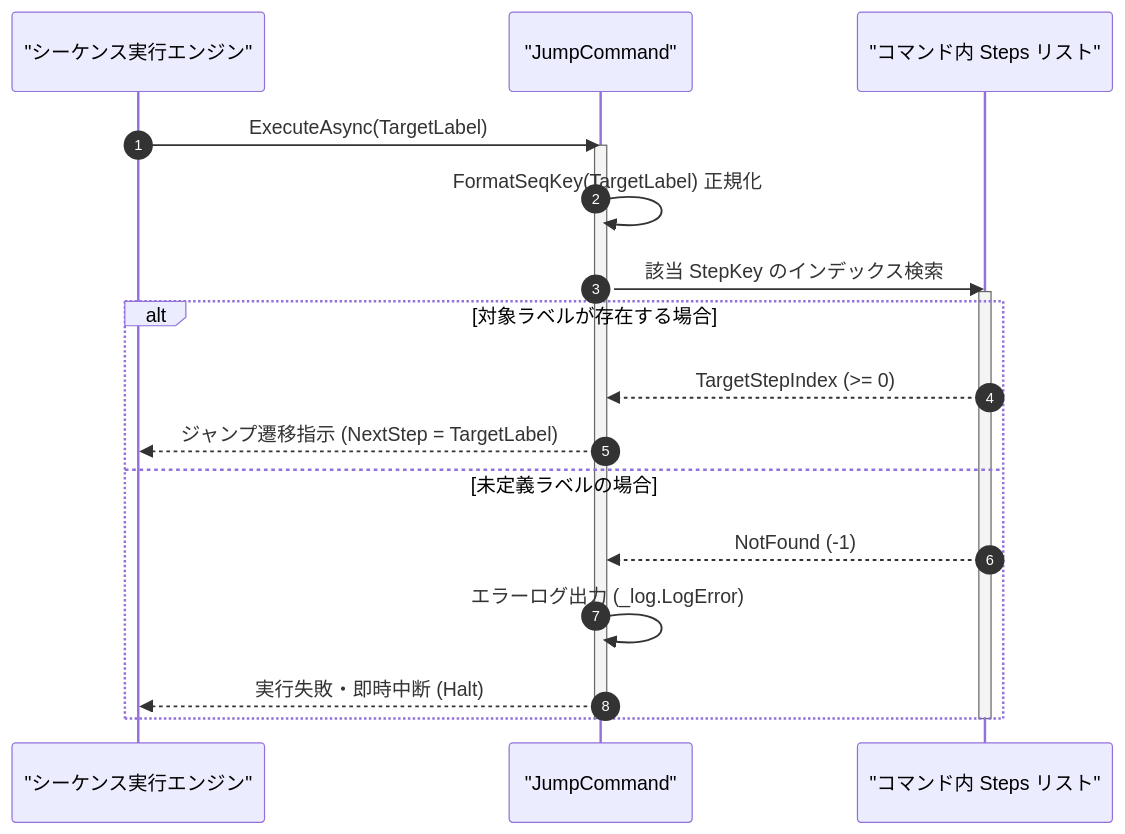
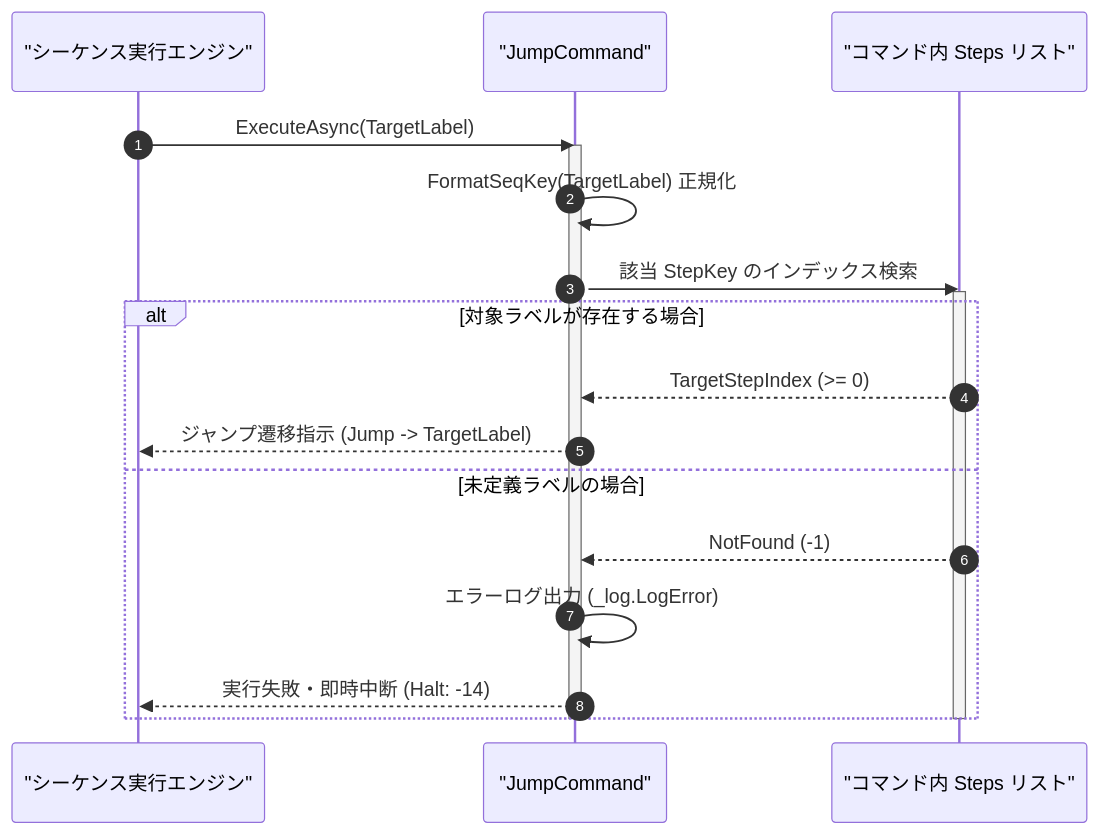
One commit to Monaca-App/TermAddIn changed the diagram in Manual/Core/Sequence/Jump.Md. Above: the diagram before and after it, drawn with Mermaid. The commit also changed other lines of this file and 157 other files, not shown here.

````diff
--- a/Manual/Core/Sequence/Jump.Md
+++ b/Manual/Core/Sequence/Jump.Md
@@ -70,23 +70,23 @@
 ```mermaid
 sequenceDiagram
     autonumber
     participant Engine as "シーケンス実行エンジン"
     participant Cmd as "JumpCommand"
     participant Steps as "コマンド内 Steps リスト"
 
     Engine->>Cmd: ExecuteAsync(TargetLabel)
     activate Cmd
     Cmd->>Cmd: FormatSeqKey(TargetLabel) 正規化
     Cmd->>Steps: 該当 StepKey のインデックス検索
     activate Steps
     alt 対象ラベルが存在する場合
         Steps-->>Cmd: TargetStepIndex (>= 0)
-        Cmd-->>Engine: ジャンプ遷移指示 (NextStep = TargetLabel)
+        Cmd-->>Engine: ジャンプ遷移指示 (Jump -> TargetLabel)
     else 未定義ラベルの場合
         Steps-->>Cmd: NotFound (-1)
         Cmd->>Cmd: エラーログ出力 (_log.LogError)
-        Cmd-->>Engine: 実行失敗・即時中断 (Halt)
+        Cmd-->>Engine: 実行失敗・即時中断 (Halt: -14)
     end
     deactivate Steps
     deactivate Cmd
 ```
````
